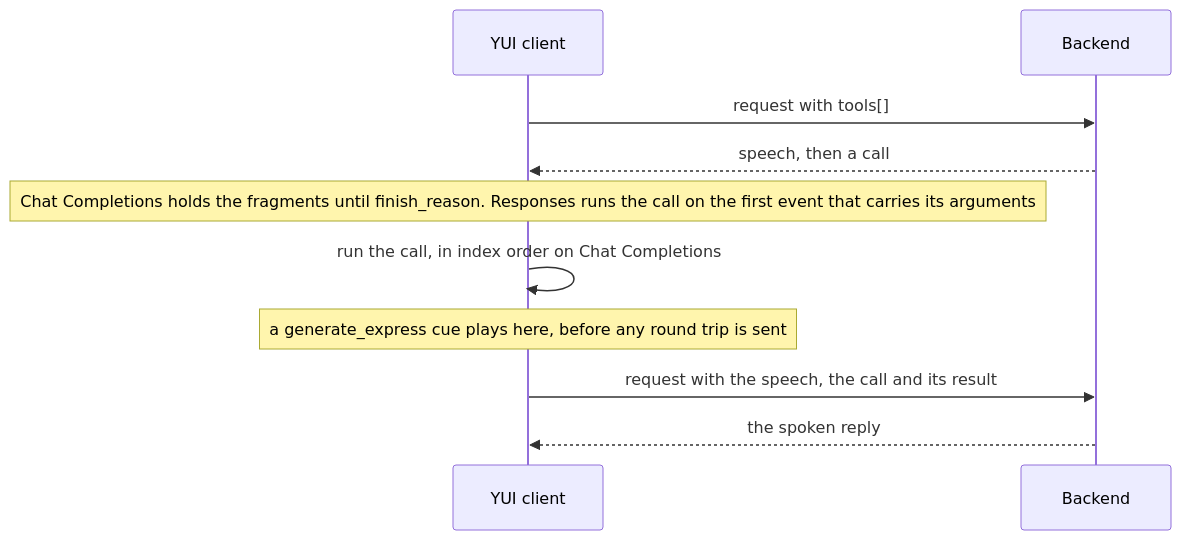
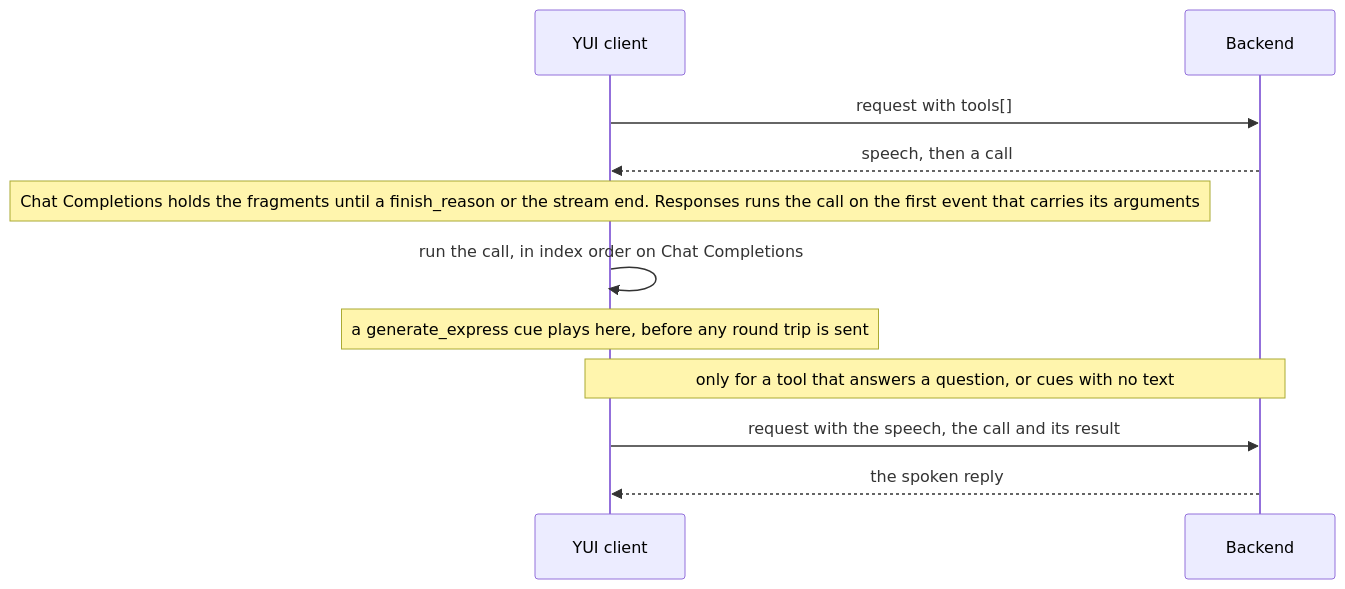
One commit to yw0nam/YUI changed the second of 3 diagrams in docs/reference/client-tools.md. Above: the diagram before and after it, drawn with Mermaid. The commit also changed other lines of this file and 6 other files, not shown here.

Commit message:
docs: Reference prose reads plainly, and its diagrams and callouts match the stated rules

````diff
--- a/docs/reference/client-tools.md
+++ b/docs/reference/client-tools.md
@@ -118,12 +118,13 @@
 ```mermaid
 sequenceDiagram
   participant Y as YUI client
   participant B as Backend
   Y->>B: request with tools[]
   B-->>Y: speech, then a call
-  Note over Y: Chat Completions holds the fragments until finish_reason. Responses runs the call on the first event that carries its arguments
+  Note over Y: Chat Completions holds the fragments until a finish_reason or the stream end. Responses runs the call on the first event that carries its arguments
   Y->>Y: run the call, in index order on Chat Completions
   Note over Y: a generate_express cue plays here, before any round trip is sent
+  Note over Y,B: only for a tool that answers a question, or cues with no text
   Y->>B: request with the speech, the call and its result
   B-->>Y: the spoken reply
 ```
````
